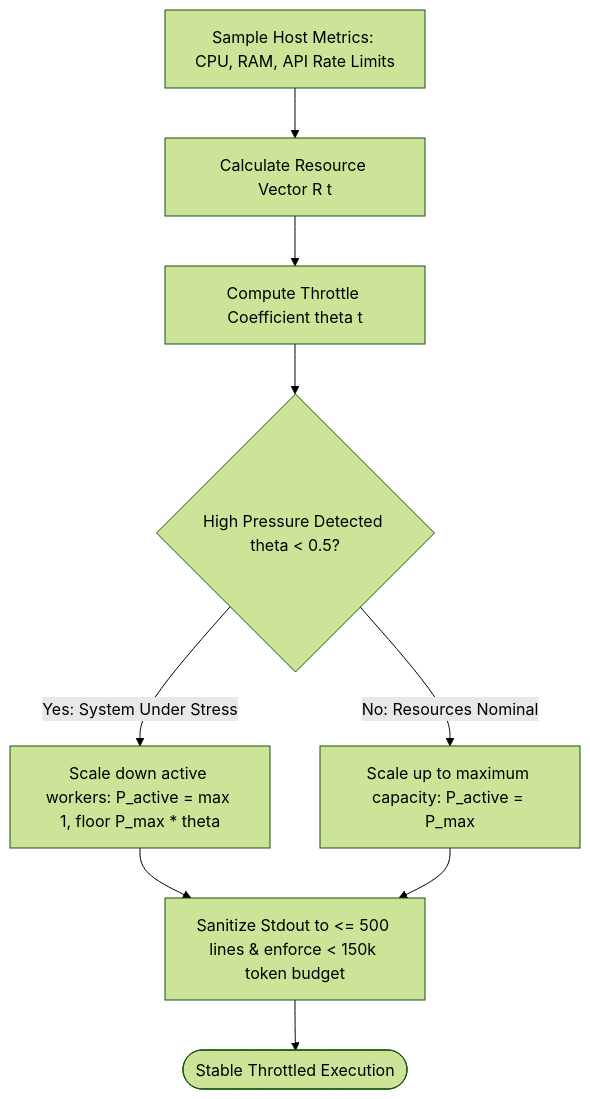
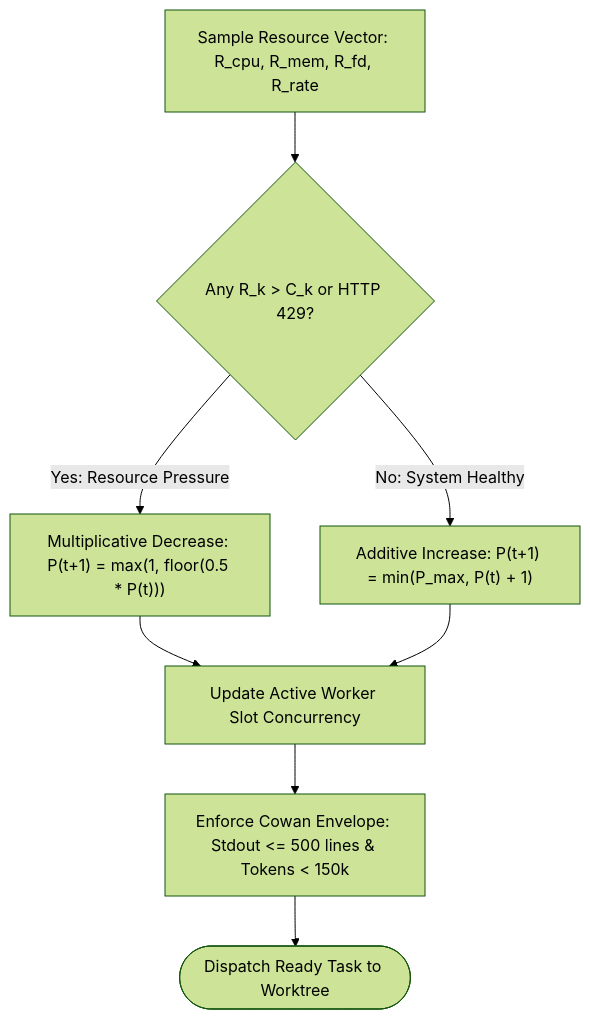
Before and after one commit to onurseckin/skills: the diagram in docs/olt/architecture/05-concurrency-straggler-sla/05-04-dynamic-load-throttling.md, drawn with Mermaid (forest theme). The commit also changed other lines of this file and 163 other files, not shown here.

````diff
--- a/docs/olt/architecture/05-concurrency-straggler-sla/05-04-dynamic-load-throttling.md
+++ b/docs/olt/architecture/05-concurrency-straggler-sla/05-04-dynamic-load-throttling.md
@@ -53,13 +82,13 @@
 ```mermaid
 flowchart TD
-    SampleSensors[Sample Host Metrics: CPU, RAM, API Rate Limits] --> ComputeVector[Calculate Resource Vector R t]
-    ComputeVector --> EvalThrottle[Compute Throttle Coefficient theta t]
-    EvalThrottle --> CheckPressure{High Pressure Detected theta < 0.5?}
+    Sample[Sample Resource Vector: R_cpu, R_mem, R_fd, R_rate] --> CheckThresholds{Any R_k > C_k or HTTP 429?}
 
-    CheckPressure -->|Yes: System Under Stress| ReduceConcurrency[Scale down active workers: P_active = max 1, floor P_max * theta]
-    CheckPressure -->|No: Resources Nominal| RestoreConcurrency[Scale up to maximum capacity: P_active = P_max]
+    CheckThresholds -->|Yes: Resource Pressure| MultiplicativeBackoff["Multiplicative Decrease: P(t+1) = max(1, floor(0.5 * P(t)))"]
+    CheckThresholds -->|No: System Healthy| AdditiveIncrease["Additive Increase: P(t+1) = min(P_max, P(t) + 1)"]
 
-    ReduceConcurrency --> ApplyCowan[Sanitize Stdout to <= 500 lines & enforce < 150k token budget]
-    RestoreConcurrency --> ApplyCowan
-    ApplyCowan --> Dispatched([Stable Throttled Execution])
+    MultiplicativeBackoff --> ApplyPool[Update Active Worker Slot Concurrency]
+    AdditiveIncrease --> ApplyPool
+
+    ApplyPool --> SanitizeOutput["Enforce Cowan Envelope: Stdout <= 500 lines & Tokens < 150k"]
+    SanitizeOutput --> DispatchNext([Dispatch Ready Task to Worktree])
 ```
````
